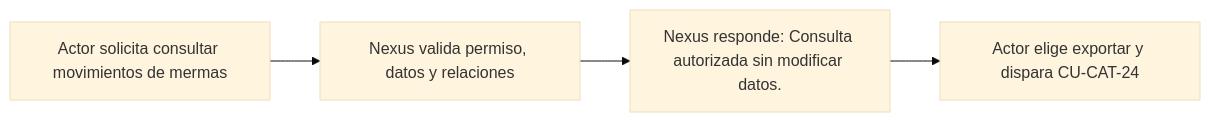
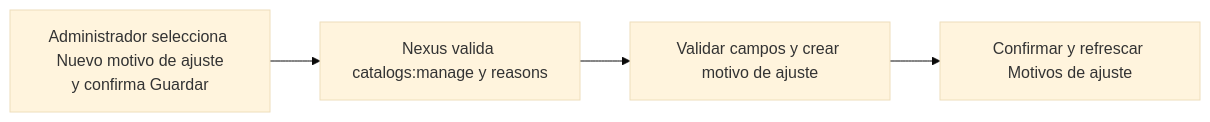
The diagram in docs/requirements/diagrams/catalogs/cu-cat-23.md (gpgsistemas01/nexus), drawn with Mermaid (base theme) before and after one commit. The commit also changed other lines of this file and 287 other files, not shown here.

````diff
--- a/docs/requirements/diagrams/catalogs/cu-cat-23.md
+++ b/docs/requirements/diagrams/catalogs/cu-cat-23.md
@@ -3,6 +3,6 @@
 ```mermaid
 flowchart LR
-    request["Actor solicita consultar movimientos de mermas"] --> validate["Nexus valida permiso, datos y relaciones"]
-    validate --> result["Nexus responde: Consulta autorizada sin modificar datos."]
-    result --> report["Actor elige exportar y dispara CU-CAT-24"]
+    request["Administrador selecciona Nuevo motivo de ajuste<br/>y confirma Guardar"] --> authorize["Nexus valida catalogs:manage y reasons"]
+    authorize --> persist["Validar campos y crear motivo de ajuste"]
+    persist --> result["Confirmar y refrescar Motivos de ajuste"]
 ```
````
